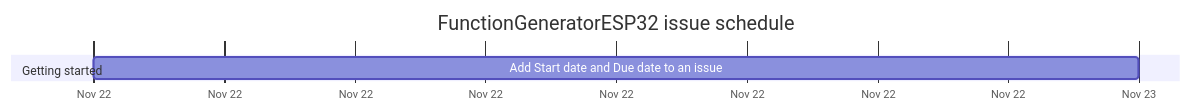
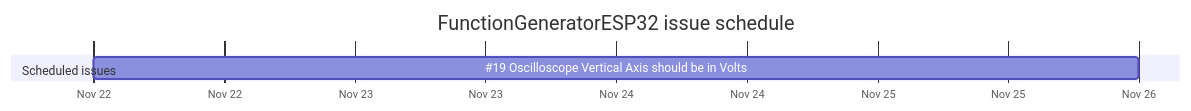
The diagram in docs/GANTT.md (nk25719/FunctionGeneratorESP32), drawn with Mermaid before and after one commit. The commit also changed other lines of this file, not shown here.

Commit message:
docs: reflect issue #19 actual issue-field dates in Gantt preview

````diff
--- a/docs/GANTT.md
+++ b/docs/GANTT.md
@@ -5,8 +5,8 @@
 ```mermaid
 gantt
     title FunctionGeneratorESP32 issue schedule
     dateFormat YYYY-MM-DD
     axisFormat %b %d
-    section Getting started
-    Add Start date and Due date to an issue :setup, 2026-11-22, 1d
+    section Scheduled issues
+    #19 Oscilloscope Vertical Axis should be in Volts :issue19, 2026-11-22, 4d
 ```
````
